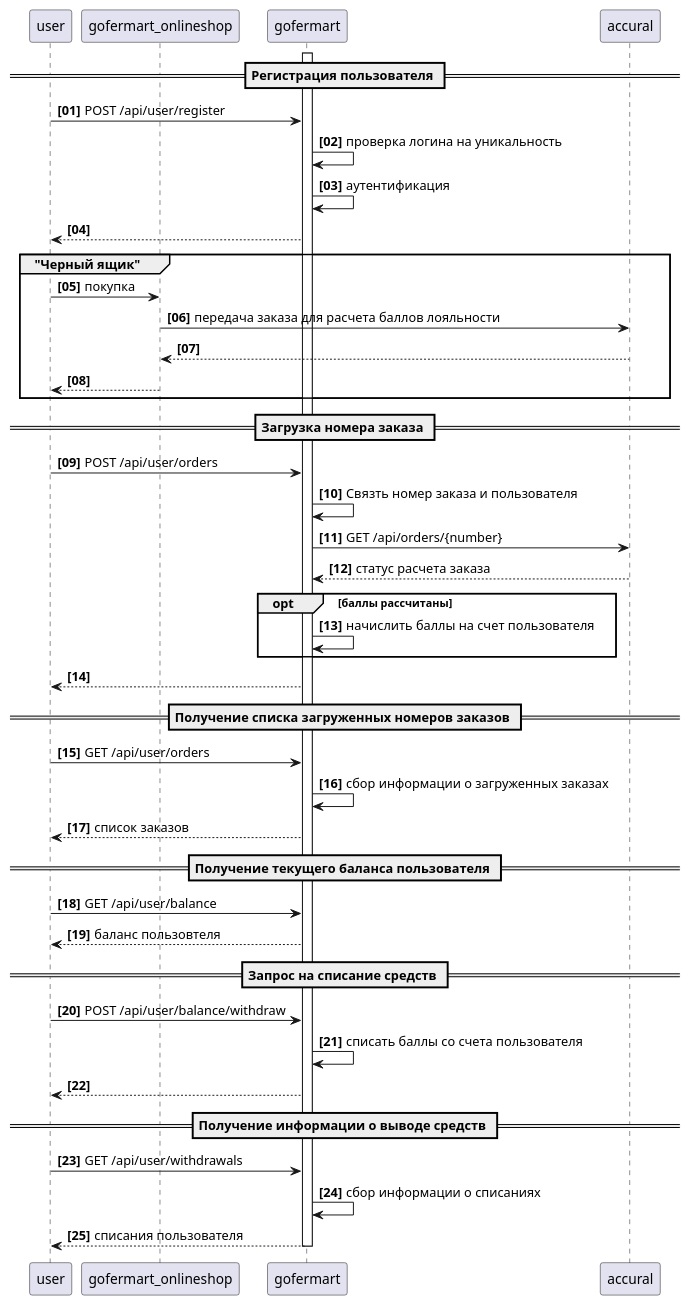
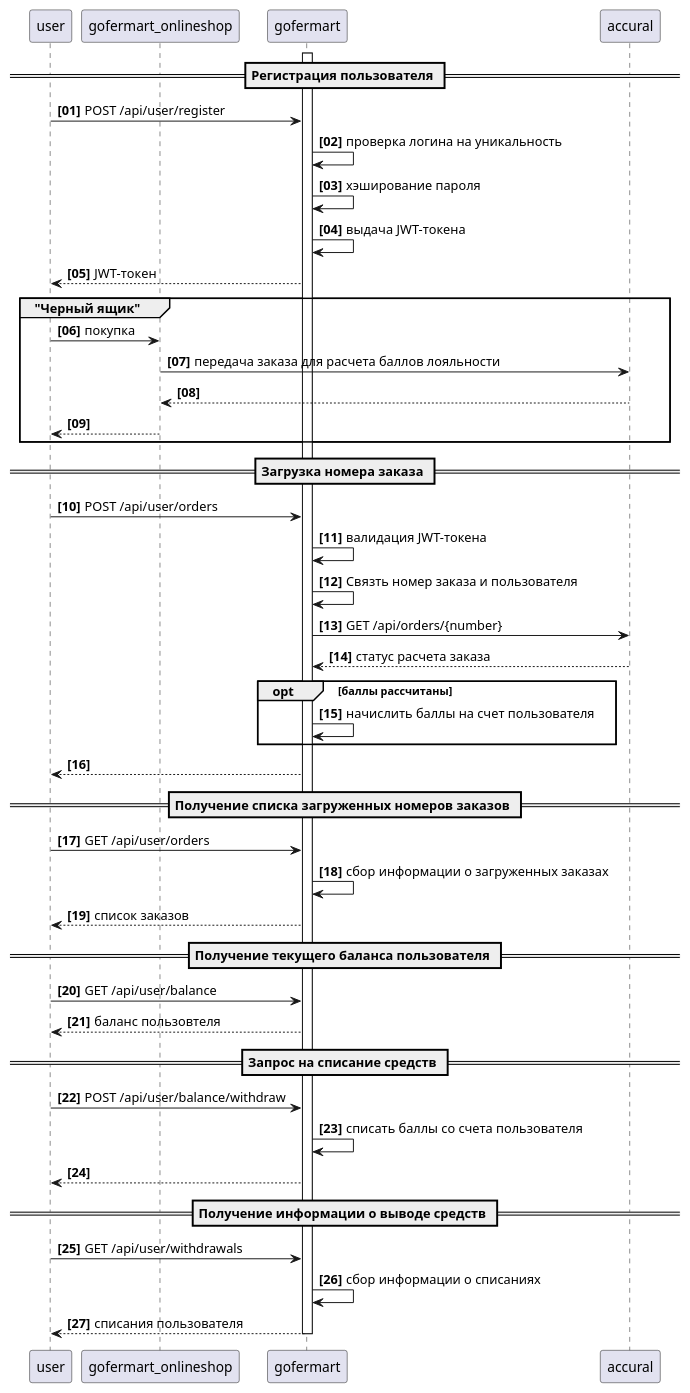
Before and after one commit to onbehalfofhim/gofermart: the diagram in docs/schema.puml, drawn with PlantUML. The commit also changed 12 other files, not shown here.

```diff
--- a/docs/schema.puml
+++ b/docs/schema.puml
@@ -1,55 +1,56 @@
 @startuml
 autonumber "<b>[00]"
 
 participant user as u
 participant gofermart_onlineshop as shop
 participant gofermart as gm
 participant accural as acc
 
 activate gm
 
 == Регистрация пользователя ==
     u->gm: POST /api/user/register
     gm->gm: проверка логина на уникальность
-    
-    gm->gm: аутентификация
-    gm-->u
+    gm->gm: хэширование пароля
+    gm->gm: выдача JWT-токена
+    gm-->u: JWT-токен
 
 group "Черный ящик"
     u->shop: покупка
     shop->acc: передача заказа для расчета баллов лояльности
     acc-->shop
     shop-->u
 end group
 
 == Загрузка номера заказа ==
     u->gm: POST /api/user/orders
+    gm->gm: валидация JWT-токена
     gm->gm: Связть номер заказа и пользователя
     gm->acc: GET /api/orders/{number}
     acc-->gm: статус расчета заказа
     opt баллы рассчитаны
         gm->gm: начислить баллы на счет пользователя
     end
     gm-->u:
 == Получение списка загруженных номеров заказов ==
     u->gm: GET /api/user/orders
     gm->gm: сбор информации о загруженных заказах
     gm-->u: список заказов
 
 == Получение текущего баланса пользователя ==
     u->gm: GET /api/user/balance
     gm-->u: баланс пользовтеля
 
 == Запрос на списание средств ==
     u->gm: POST /api/user/balance/withdraw
     gm->gm: списать баллы со счета пользователя
     gm-->u: 
 
 == Получение информации о выводе средств ==
     u->gm: GET /api/user/withdrawals
     gm->gm: сбор информации о списаниях
     gm-->u: списания пользователя
 
 deactivate gm
 
 @enduml
```
